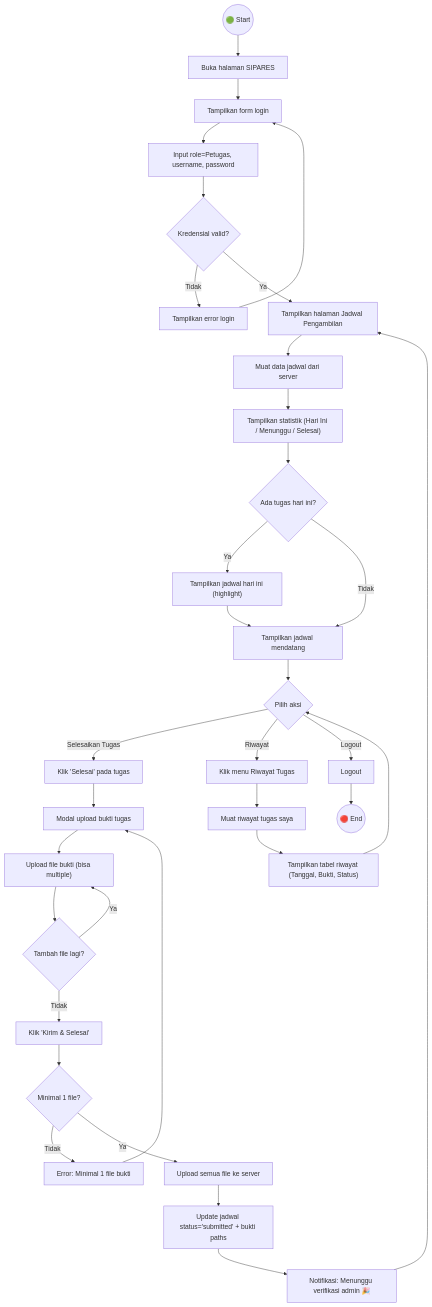
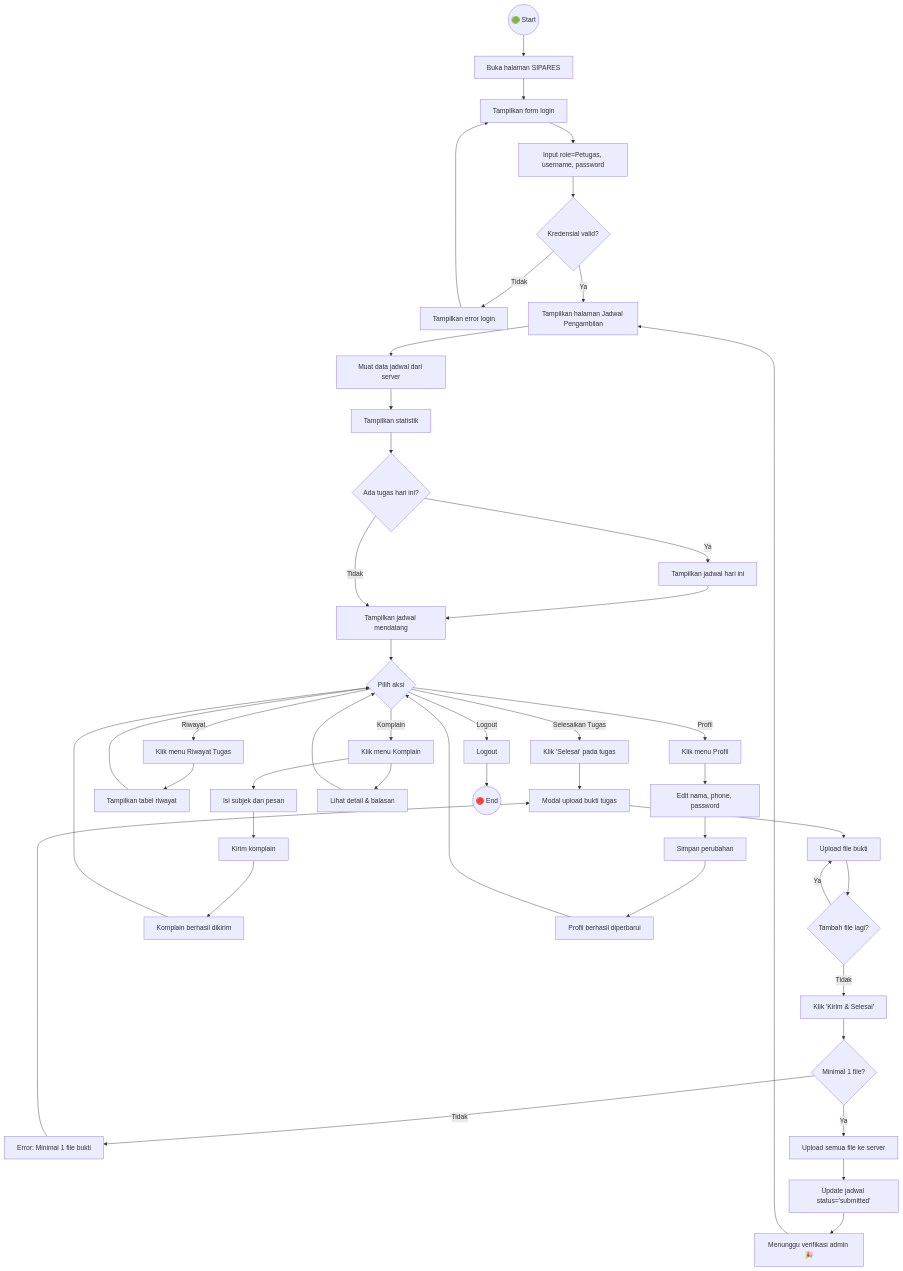
Diagram 18 of 19 in dokumentasi/UML_SIPARES.md (Aflah88/SIPARES-V.1.0), drawn with Mermaid before and after one commit. The commit also changed other lines of this file and 15 other files, not shown here.

````diff
--- a/dokumentasi/UML_SIPARES.md
+++ b/dokumentasi/UML_SIPARES.md
@@ -732,74 +931,74 @@
 ```mermaid
 flowchart TD
     START(("🟢 Start"))
     LOGIN["Buka halaman SIPARES"]
     SHOW_LOGIN["Tampilkan form login"]
     INPUT_CRED["Input role=Petugas, username, password"]
     VALIDATE_LOGIN{"Kredensial valid?"}
     LOGIN_FAIL["Tampilkan error login"]
     DASHBOARD["Tampilkan halaman Jadwal Pengambilan"]
     LOAD_JADWAL["Muat data jadwal dari server"]
-    SHOW_STATS["Tampilkan statistik (Hari Ini / Menunggu / Selesai)"]
+    SHOW_STATS["Tampilkan statistik"]
     CHECK_TODAY{"Ada tugas hari ini?"}
-    SHOW_TODAY["Tampilkan jadwal hari ini (highlight)"]
+    SHOW_TODAY["Tampilkan jadwal hari ini"]
     SHOW_UPCOMING["Tampilkan jadwal mendatang"]
 
     CHOOSE{"Pilih aksi"}
 
     KLIK_SELESAI["Klik 'Selesai' pada tugas"]
     MODAL_UPLOAD["Modal upload bukti tugas"]
-    UPLOAD_FILES["Upload file bukti (bisa multiple)"]
+    UPLOAD_FILES["Upload file bukti"]
     ADD_MORE{"Tambah file lagi?"}
     SUBMIT_TASK["Klik 'Kirim & Selesai'"]
     CHECK_FILES{"Minimal 1 file?"}
     FILE_ERROR["Error: Minimal 1 file bukti"]
     UPLOAD_LOOP["Upload semua file ke server"]
-    UPDATE_STATUS["Update jadwal status='submitted' + bukti paths"]
-    TASK_SUCCESS["Notifikasi: Menunggu verifikasi admin 🎉"]
+    UPDATE_STATUS["Update jadwal status='submitted'"]
+    TASK_SUCCESS["Menunggu verifikasi admin 🎉"]
 
     RIWAYAT["Klik menu Riwayat Tugas"]
-    LOAD_HISTORY["Muat riwayat tugas saya"]
-    SHOW_HISTORY["Tampilkan tabel riwayat (Tanggal, Bukti, Status)"]
+    SHOW_HISTORY["Tampilkan tabel riwayat"]
+
+    KOMPLAIN["Klik menu Komplain"]
+    INPUT_KOMPLAIN["Isi subjek dan pesan"]
+    SUBMIT_KOMPLAIN["Kirim komplain"]
+    KOMPLAIN_SUCCESS["Komplain berhasil dikirim"]
+    VIEW_KOMPLAIN["Lihat detail & balasan"]
+
+    PROFIL["Klik menu Profil"]
+    EDIT_PROFIL["Edit nama, phone, password"]
+    SAVE_PROFIL["Simpan perubahan"]
+    PROFIL_SUCCESS["Profil berhasil diperbarui"]
 
     LOGOUT["Logout"]
     STOP(("🔴 End"))
 
-    START --> LOGIN
-    LOGIN --> SHOW_LOGIN
-    SHOW_LOGIN --> INPUT_CRED
-    INPUT_CRED --> VALIDATE_LOGIN
-    VALIDATE_LOGIN -->|Tidak| LOGIN_FAIL
-    LOGIN_FAIL --> SHOW_LOGIN
+    START --> LOGIN --> SHOW_LOGIN --> INPUT_CRED --> VALIDATE_LOGIN
+    VALIDATE_LOGIN -->|Tidak| LOGIN_FAIL --> SHOW_LOGIN
     VALIDATE_LOGIN -->|Ya| DASHBOARD
 
-    DASHBOARD --> LOAD_JADWAL
-    LOAD_JADWAL --> SHOW_STATS
-    SHOW_STATS --> CHECK_TODAY
-    CHECK_TODAY -->|Ya| SHOW_TODAY
+    DASHBOARD --> LOAD_JADWAL --> SHOW_STATS --> CHECK_TODAY
+    CHECK_TODAY -->|Ya| SHOW_TODAY --> SHOW_UPCOMING --> CHOOSE
     CHECK_TODAY -->|Tidak| SHOW_UPCOMING
-    SHOW_TODAY --> SHOW_UPCOMING
-    SHOW_UPCOMING --> CHOOSE
 
     CHOOSE -->|Selesaikan Tugas| KLIK_SELESAI
     CHOOSE -->|Riwayat| RIWAYAT
+    CHOOSE -->|Komplain| KOMPLAIN
+    CHOOSE -->|Profil| PROFIL
     CHOOSE -->|Logout| LOGOUT
 
-    KLIK_SELESAI --> MODAL_UPLOAD
-    MODAL_UPLOAD --> UPLOAD_FILES
-    UPLOAD_FILES --> ADD_MORE
+    KLIK_SELESAI --> MODAL_UPLOAD --> UPLOAD_FILES --> ADD_MORE
     ADD_MORE -->|Ya| UPLOAD_FILES
-    ADD_MORE -->|Tidak| SUBMIT_TASK
-    SUBMIT_TASK --> CHECK_FILES
-    CHECK_FILES -->|Tidak| FILE_ERROR
-    FILE_ERROR --> MODAL_UPLOAD
-    CHECK_FILES -->|Ya| UPLOAD_LOOP
-    UPLOAD_LOOP --> UPDATE_STATUS
-    UPDATE_STATUS --> TASK_SUCCESS
-    TASK_SUCCESS --> DASHBOARD
+    ADD_MORE -->|Tidak| SUBMIT_TASK --> CHECK_FILES
+    CHECK_FILES -->|Tidak| FILE_ERROR --> MODAL_UPLOAD
+    CHECK_FILES -->|Ya| UPLOAD_LOOP --> UPDATE_STATUS --> TASK_SUCCESS --> DASHBOARD
 
-    RIWAYAT --> LOAD_HISTORY
-    LOAD_HISTORY --> SHOW_HISTORY
-    SHOW_HISTORY --> CHOOSE
+    RIWAYAT --> SHOW_HISTORY --> CHOOSE
+
+    KOMPLAIN --> INPUT_KOMPLAIN --> SUBMIT_KOMPLAIN --> KOMPLAIN_SUCCESS --> CHOOSE
+    KOMPLAIN --> VIEW_KOMPLAIN --> CHOOSE
+
+    PROFIL --> EDIT_PROFIL --> SAVE_PROFIL --> PROFIL_SUCCESS --> CHOOSE
 
     LOGOUT --> STOP
 ```
````
